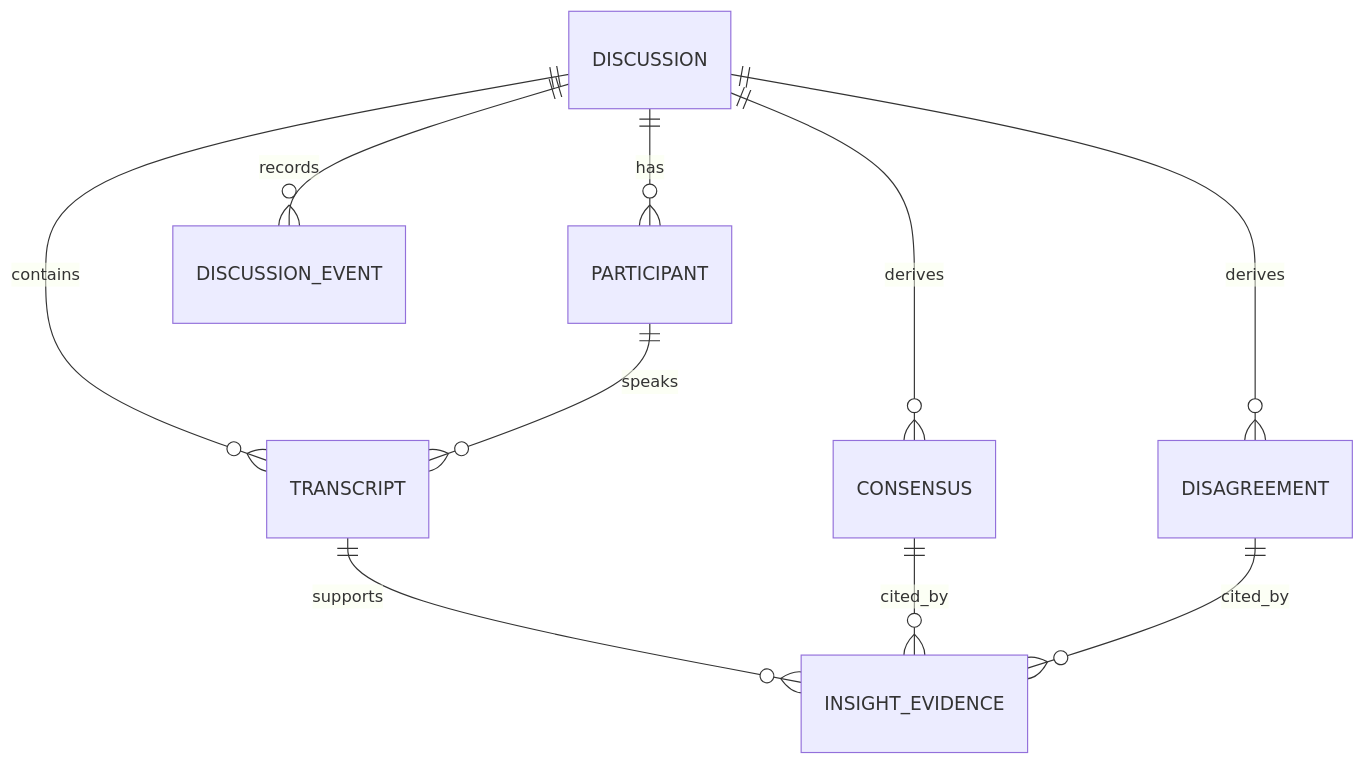
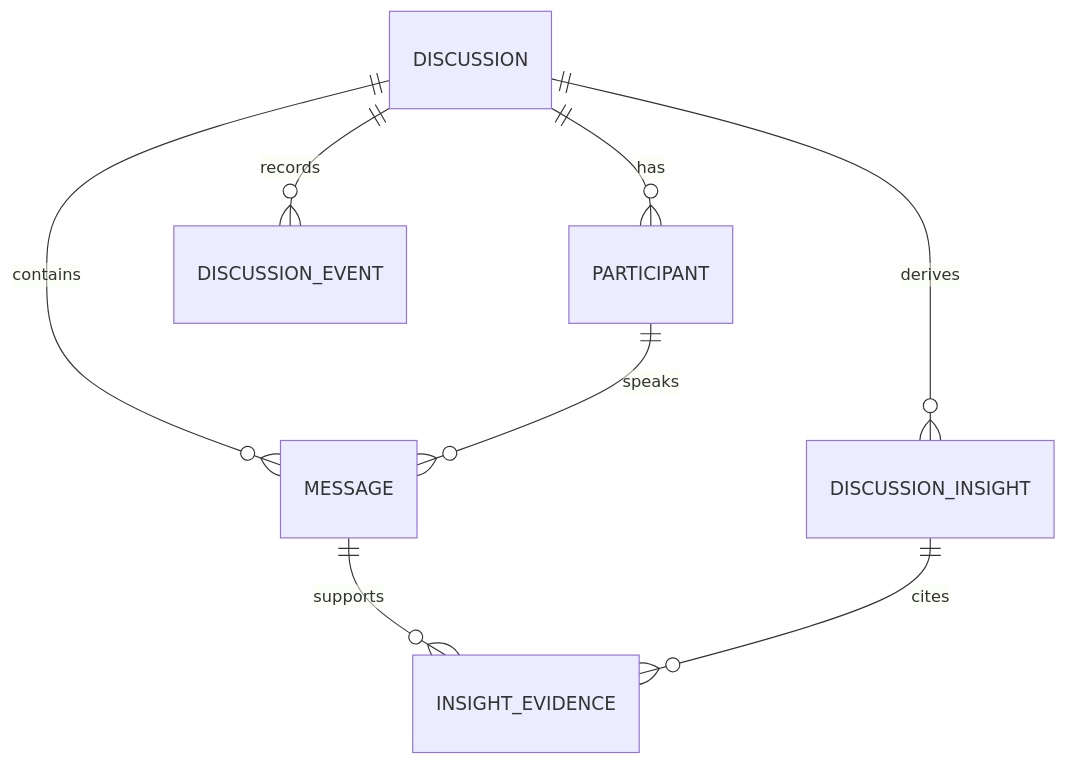
Before and after one commit to zhu310/ai-panel-studio: the second of 3 diagrams in docs/ARCHITECTURE.md, drawn with Mermaid. The commit also changed other lines of this file and 9 other files, not shown here.

````diff
--- a/docs/ARCHITECTURE.md
+++ b/docs/ARCHITECTURE.md
@@ -30,12 +28,10 @@
 ```mermaid
 erDiagram
 DISCUSSION ||--o{ PARTICIPANT : has
-DISCUSSION ||--o{ TRANSCRIPT : contains
+DISCUSSION ||--o{ MESSAGE : contains
 DISCUSSION ||--o{ DISCUSSION_EVENT : records
-DISCUSSION ||--o{ CONSENSUS : derives
-DISCUSSION ||--o{ DISAGREEMENT : derives
-PARTICIPANT ||--o{ TRANSCRIPT : speaks
-TRANSCRIPT ||--o{ INSIGHT_EVIDENCE : supports
-CONSENSUS ||--o{ INSIGHT_EVIDENCE : cited_by
-DISAGREEMENT ||--o{ INSIGHT_EVIDENCE : cited_by
+DISCUSSION ||--o{ DISCUSSION_INSIGHT : derives
+PARTICIPANT ||--o{ MESSAGE : speaks
+MESSAGE ||--o{ INSIGHT_EVIDENCE : supports
+DISCUSSION_INSIGHT ||--o{ INSIGHT_EVIDENCE : cites
 ```
````
